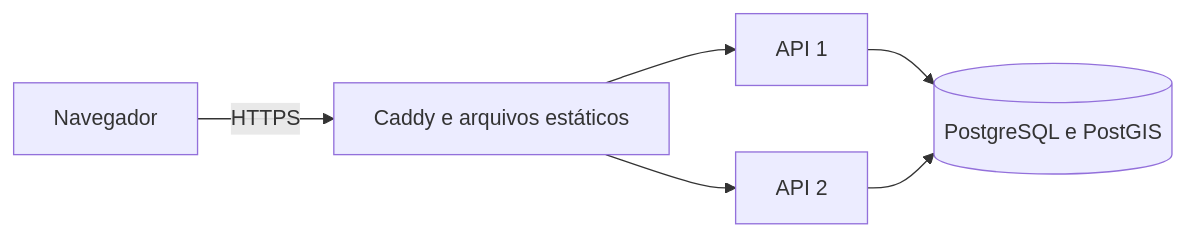
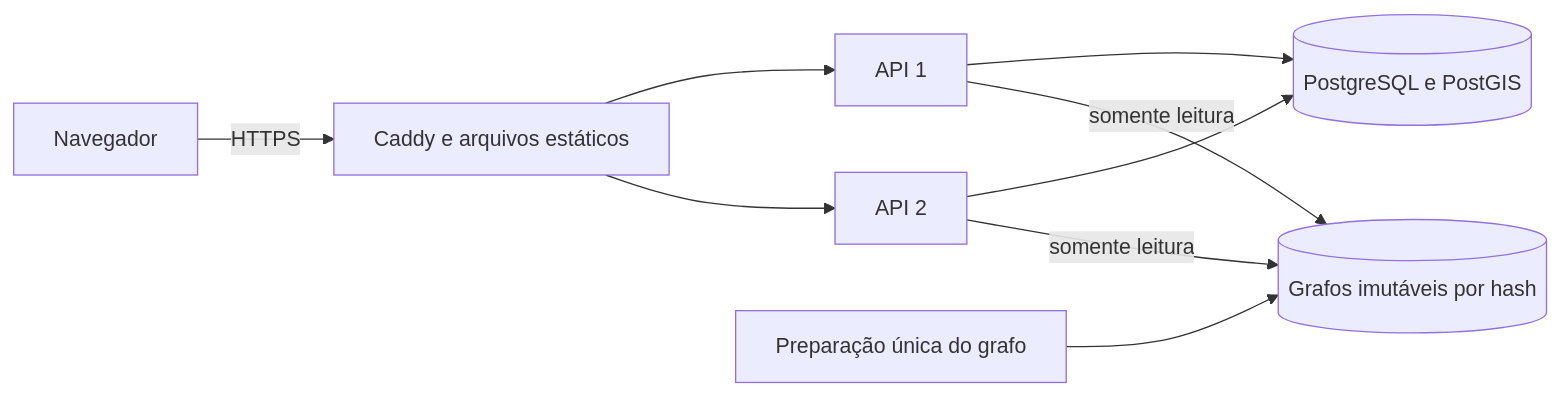
One commit to coder-gaia/BORA changed the second of 2 diagrams in docs/arquitetura.md. Above: the diagram before and after it, drawn with Mermaid. The commit also changed other lines of this file and 54 other files, not shown here.

First line of the commit message:
feat(routing): add graphhopper routing and eta

````diff
--- a/docs/arquitetura.md
+++ b/docs/arquitetura.md
@@ -46,8 +48,11 @@
 ```mermaid
 flowchart LR
   Browser[Navegador] -->|HTTPS| Caddy[Caddy e arquivos estáticos]
   Caddy --> API1[API 1]
   Caddy --> API2[API 2]
   API1 --> DB[(PostgreSQL e PostGIS)]
   API2 --> DB
+  Import[Preparação única do grafo] --> Graph[(Grafos imutáveis por hash)]
+  API1 -->|somente leitura| Graph
+  API2 -->|somente leitura| Graph
 ```
````
